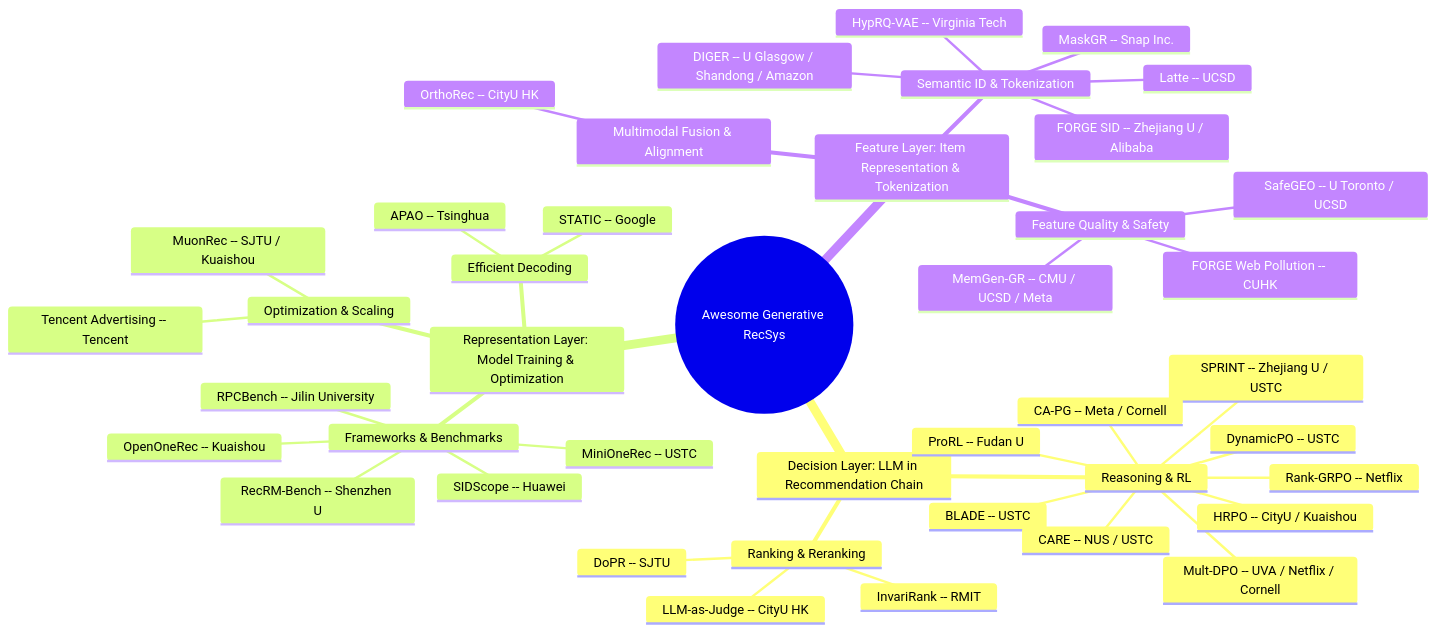
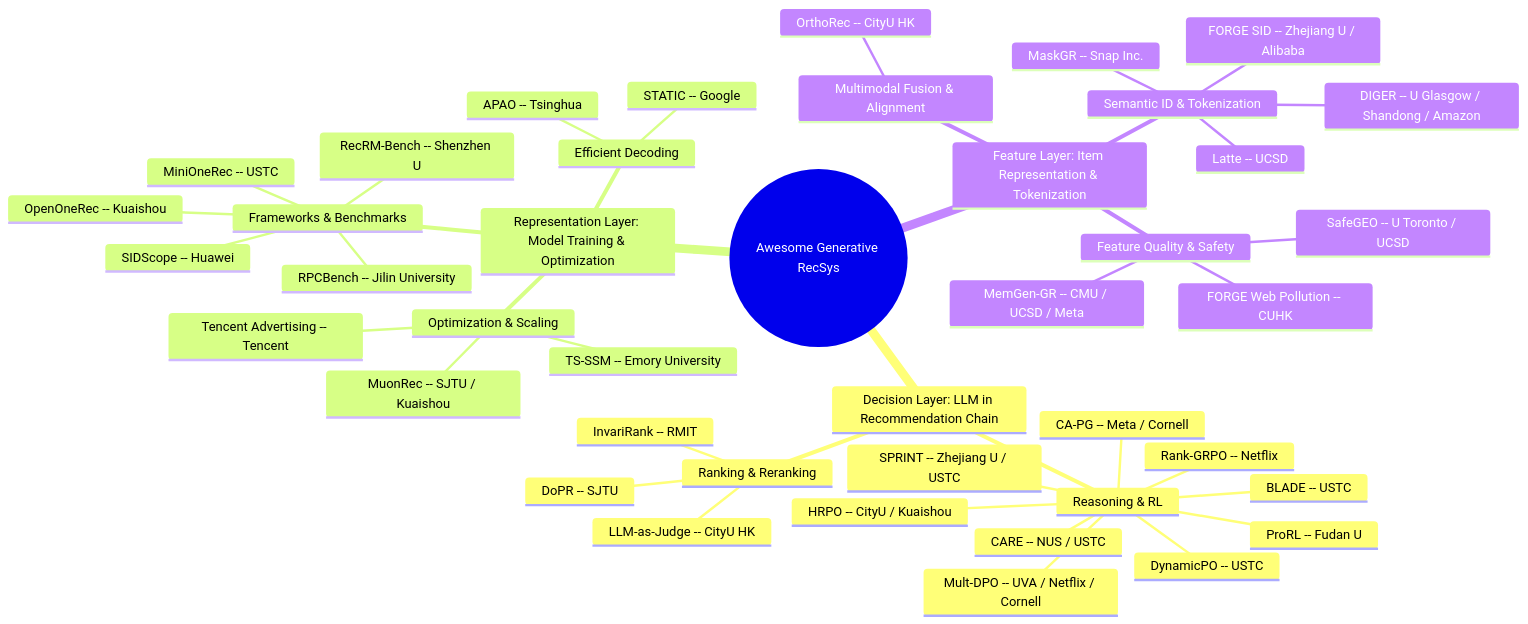
Before and after one commit to HaFred/awesome-generative-recsys: the diagram in README.md, drawn with Mermaid. The commit also changed other lines of this file and 3 other files, not shown here.

Commit message:
feat: September 6 — 5 papers (1 opensource): HF-SID (AMAP/Alibaba) high-fidelity LBS POI SIDs, CAMIE (Snap) co-engagement multimodal ad embeddings, TS-SSM (Emory, EMNLP 2026 Findings) two-sided state-space seqrec, TAAL (HIT) early beam-pruning mitigation, AgentMMRec (HKU) two-agent multimodal rec

````diff
--- a/README.md
+++ b/README.md
@@ -29,45 +29,45 @@
 ```mermaid
 mindmap
   root((Awesome Generative RecSys))
     Decision Layer: LLM in Recommendation Chain
       Reasoning & RL
         Rank-GRPO -- Netflix
         DynamicPO -- USTC
         BLADE -- USTC
         SPRINT -- Zhejiang U / USTC
         CARE -- NUS / USTC
         HRPO -- CityU / Kuaishou
         Mult-DPO -- UVA / Netflix / Cornell
         CA-PG -- Meta / Cornell
         ProRL -- Fudan U
       Ranking & Reranking
         InvariRank -- RMIT
         LLM-as-Judge -- CityU HK
         DoPR -- SJTU
     Representation Layer: Model Training & Optimization
       Frameworks & Benchmarks
         MiniOneRec -- USTC
         OpenOneRec -- Kuaishou
         RecRM-Bench -- Shenzhen U
         SIDScope -- Huawei
         RPCBench -- Jilin University
       Efficient Decoding
         STATIC -- Google
         APAO -- Tsinghua
       Optimization & Scaling
         MuonRec -- SJTU / Kuaishou
         Tencent Advertising -- Tencent
+        TS-SSM -- Emory University
     Feature Layer: Item Representation & Tokenization
       Semantic ID & Tokenization
         Latte -- UCSD
         FORGE SID -- Zhejiang U / Alibaba
         DIGER -- U Glasgow / Shandong / Amazon
         MaskGR -- Snap Inc.
-        HypRQ-VAE -- Virginia Tech
       Multimodal Fusion & Alignment
         OrthoRec -- CityU HK
       Feature Quality & Safety
         SafeGEO -- U Toronto / UCSD
         MemGen-GR -- CMU / UCSD / Meta
         FORGE Web Pollution -- CUHK
 ```
````
